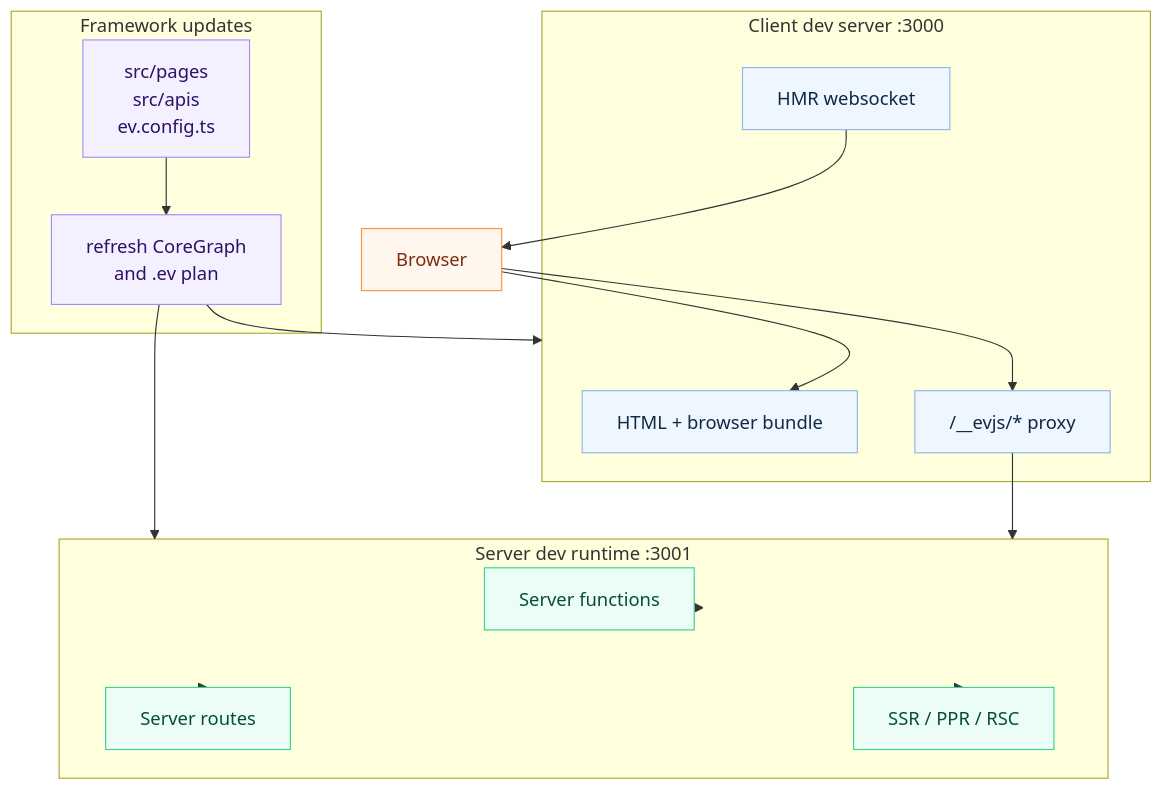
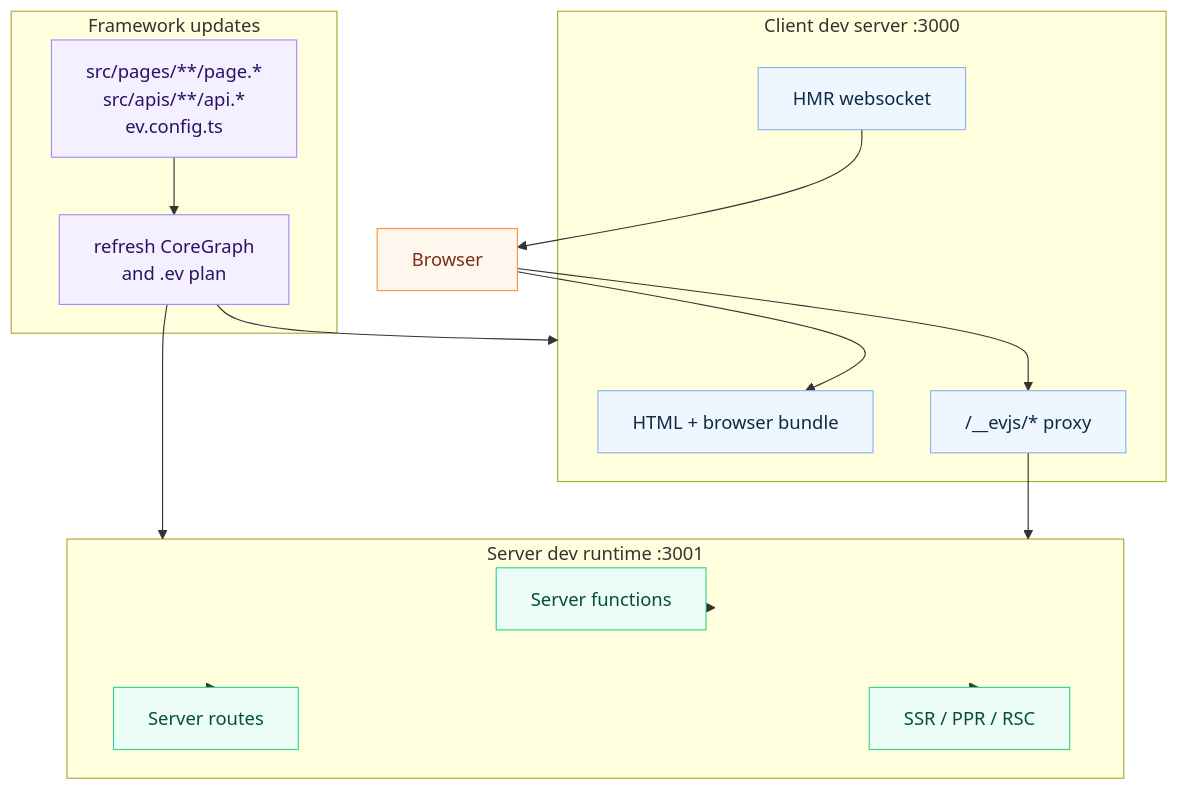
The diagram in docs/docs/dev.md (afx-team/evjs), drawn with Mermaid before and after one commit. The commit also changed 53 other files, not shown here.

````diff
--- a/docs/docs/dev.md
+++ b/docs/docs/dev.md
@@ -55,40 +55,40 @@
 ```mermaid
 flowchart TB
   Browser["Browser"]
 
   subgraph ClientSide["Client dev server :3000"]
     HTML["HTML + browser bundle"]
     HMR["HMR websocket"]
     Proxy["/__evjs/* proxy"]
   end
 
   subgraph ServerSide["Server dev runtime :3001"]
     Functions["Server functions"]
     Routes["Server routes"]
     Rendering["SSR / PPR / RSC"]
   end
 
   subgraph Updates["Framework updates"]
-    Files["src/pages\nsrc/apis\nev.config.ts"]
+    Files["src/pages/**/page.*\nsrc/apis/**/api.*\nev.config.ts"]
     Plan["refresh CoreGraph\nand .ev plan"]
   end
 
   Browser --> HTML
   HMR --> Browser
   Browser --> Proxy --> ServerSide
   ServerSide --> Functions
   ServerSide --> Routes
   ServerSide --> Rendering
   Files --> Plan
   Plan --> ClientSide
   Plan --> ServerSide
 
   classDef browser fill:#fff7ed,stroke:#fb923c,color:#7c2d12;
   classDef client fill:#eef6ff,stroke:#8fb5e8,color:#102a43;
   classDef server fill:#ecfdf5,stroke:#34d399,color:#064e3b;
   classDef update fill:#f3f0ff,stroke:#a78bfa,color:#2e1065;
   class Browser browser;
   class HTML,HMR,Proxy client;
   class Functions,Routes,Rendering server;
   class Files,Plan update;
 ```
````
